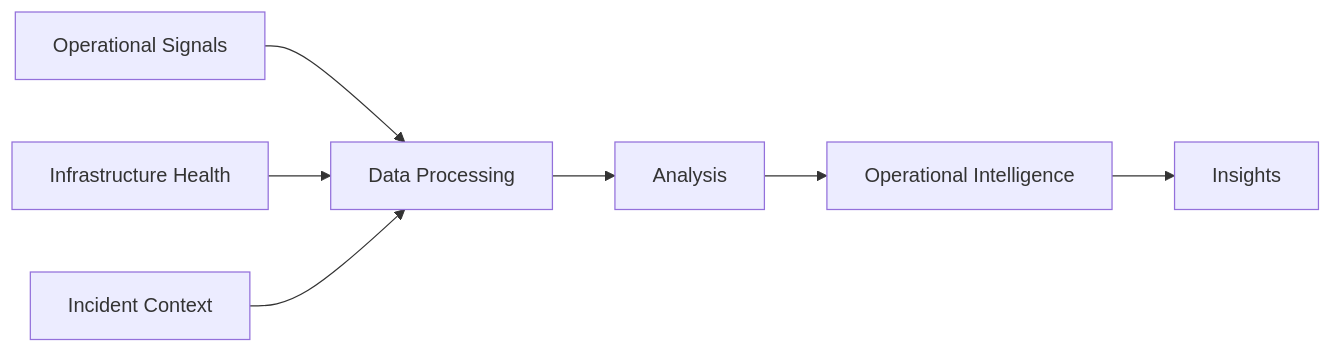
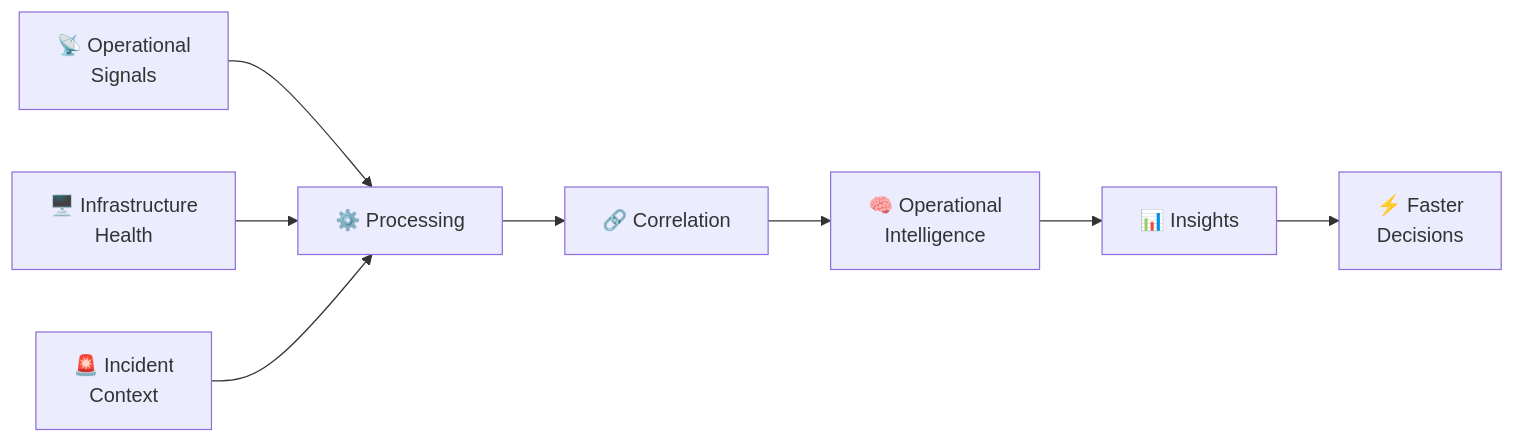
Before and after one commit to veerendrakalyanbabu-VKB/veerendrakalyanbabu-VKB: the fourth of 6 diagrams in README.md, drawn with Mermaid. The commit also changed other lines of this file, not shown here.

````diff
--- a/README.md
+++ b/README.md
@@ -135,9 +251,10 @@
 ```mermaid
 flowchart LR
-    A[Operational Signals] --> D[Data Processing]
-    B[Infrastructure Health] --> D
-    C[Incident Context] --> D
-    D --> E[Analysis]
-    E --> F[Operational Intelligence]
-    F --> G[Insights]
+    A["📡 Operational<br/>Signals"] --> D["⚙️ Processing"]
+    B["🖥️ Infrastructure<br/>Health"] --> D
+    C["🚨 Incident<br/>Context"] --> D
+    D --> E["🔗 Correlation"]
+    E --> F["🧠 Operational<br/>Intelligence"]
+    F --> G["📊 Insights"]
+    G --> H["⚡ Faster<br/>Decisions"]
 ```
````
